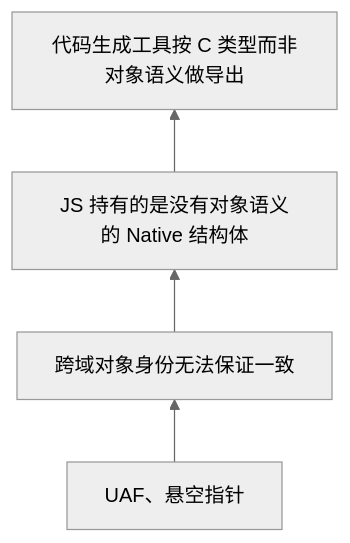
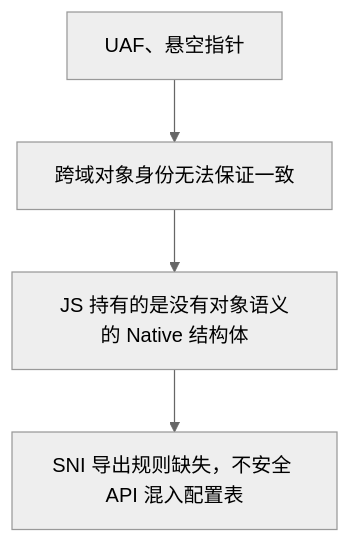
The diagram in blog/2026-07-04-sni-architecture-evolution.mdx (ElenixOS/ElenixOS-Docs), drawn with Mermaid (neutral theme) before and after one commit. The commit also changed other lines of this file and 1 other file, not shown here.

Commit message:
blog: correct SNI post narrative on generator and export boundary

````diff
--- a/blog/2026-07-04-sni-architecture-evolution.mdx
+++ b/blog/2026-07-04-sni-architecture-evolution.mdx
@@ -67,10 +78,10 @@
 ```mermaid
-flowchart BT
+flowchart TB
     UAF["UAF、悬空指针"]
     Identity["跨域对象身份无法保证一致"]
     NoSemantic["JS 持有的是没有对象语义的 Native 结构体"]
-    SyntaxGen["代码生成工具按 C 类型而非对象语义做导出"]
+    ConfigLeak["SNI 导出规则缺失，不安全 API 混入配置表"]
     UAF --> Identity
     Identity --> NoSemantic
-    NoSemantic --> SyntaxGen
+    NoSemantic --> ConfigLeak
 ```
````
